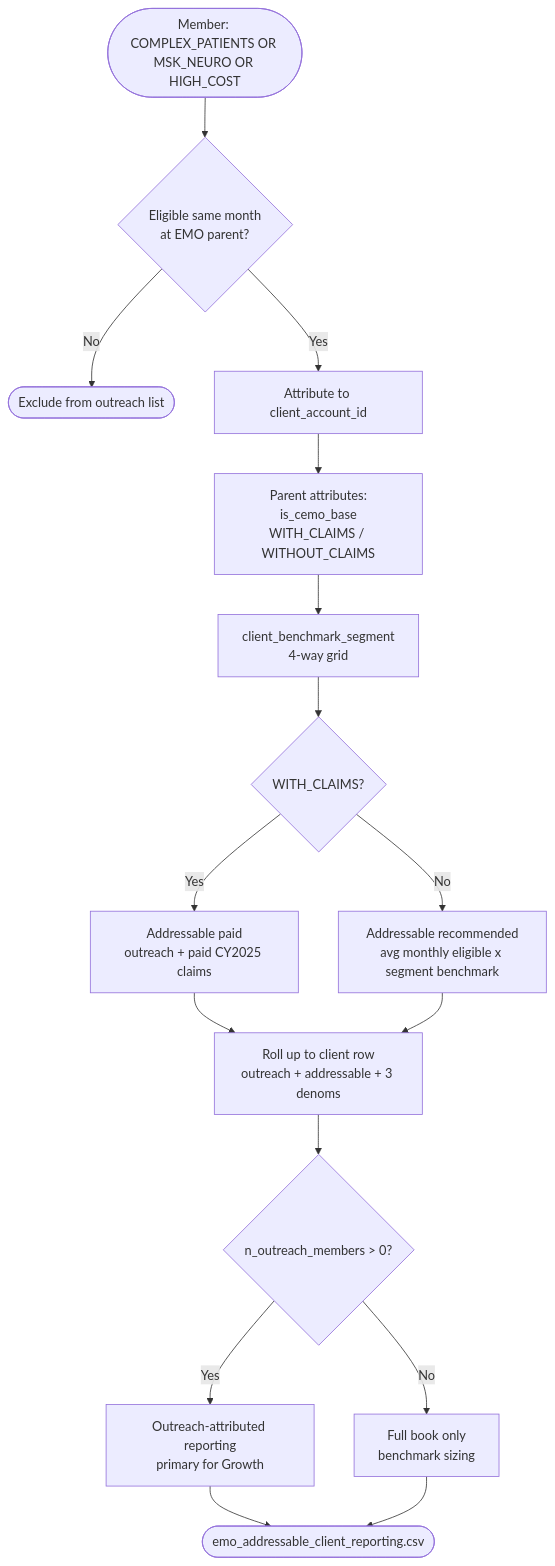
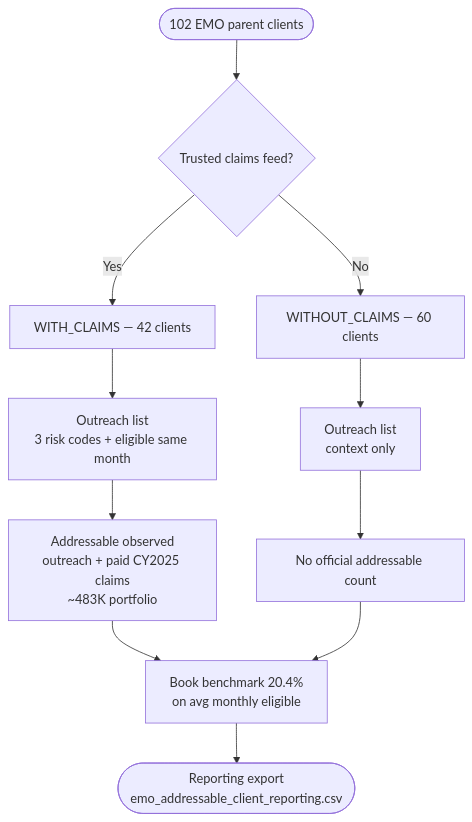
One commit to johnkimutai254/Evaluate-EMO-metric-benchmark-denominator-options changed the diagram in emo-addressable-population-eda-results.md. Above: the diagram before and after it, drawn with Mermaid. The commit also changed other lines of this file, not shown here.

````diff
--- a/emo-addressable-population-eda-results.md
+++ b/emo-addressable-population-eda-results.md
@@ -26,18 +57,13 @@
 ```mermaid
 flowchart TD
-    A([Member: COMPLEX_PATIENTS OR MSK_NEURO OR HIGH_COST]) --> B{Eligible same month<br/>at EMO parent?}
-    B -->|No| X([Exclude from outreach list])
-    B -->|Yes| C[Attribute to client_account_id]
-    C --> D[Parent attributes:<br/>is_cemo_base<br/>WITH_CLAIMS / WITHOUT_CLAIMS]
-    D --> E[client_benchmark_segment<br/>4-way grid]
-    E --> F{WITH_CLAIMS?}
-    F -->|Yes| G[Addressable paid<br/>outreach + paid CY2025 claims]
-    F -->|No| H[Addressable recommended<br/>avg monthly eligible x segment benchmark]
-    G --> I[Roll up to client row<br/>outreach + addressable + 3 denoms]
+    A([102 EMO parent clients]) --> B{Trusted claims feed?}
+    B -->|Yes| C[WITH_CLAIMS — 42 clients]
+    B -->|No| D[WITHOUT_CLAIMS — 60 clients]
+    C --> E[Outreach list<br/>3 risk codes + eligible same month]
+    D --> F[Outreach list<br/>context only]
+    E --> G[Addressable observed<br/>outreach + paid CY2025 claims<br/>~483K portfolio]
+    F --> H[No official addressable count]
+    G --> I[Book benchmark 20.4%<br/>on avg monthly eligible]
     H --> I
-    I --> J{n_outreach_members > 0?}
-    J -->|Yes| K[Outreach-attributed reporting<br/>primary for Growth]
-    J -->|No| L[Full book only<br/>benchmark sizing]
-    K --> M([emo_addressable_client_reporting.csv])
-    L --> M
+    I --> J([Reporting export<br/>emo_addressable_client_reporting.csv])
 ```
````
